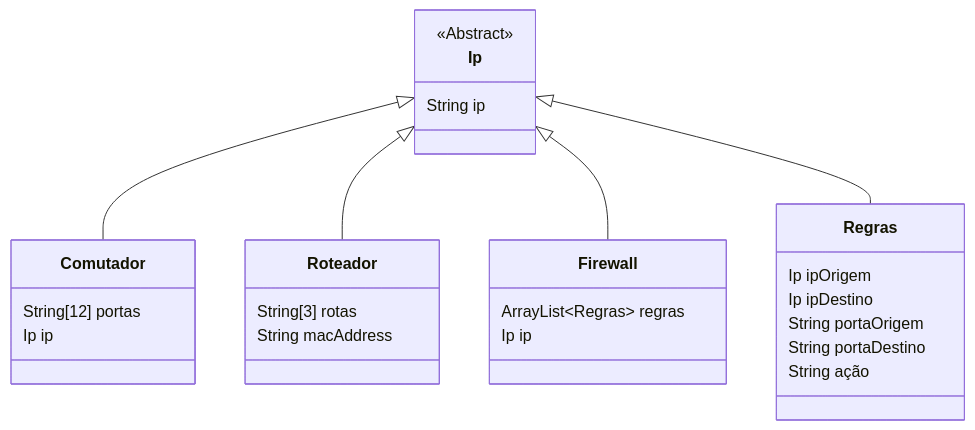
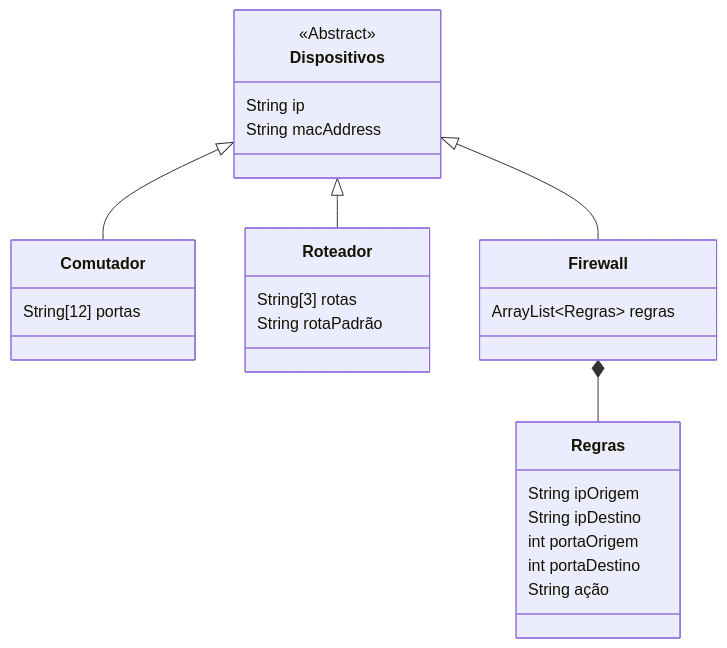
One commit to vgguerra/Network-Simulator changed the diagram in README.md. Above: the diagram before and after it, drawn with Mermaid. The commit also changed 16 other files, not shown here.

Commit message:
Modelando UML

````diff
--- a/README.md
+++ b/README.md
@@ -1,36 +1,35 @@
 ```mermaid
 classDiagram
     
-    class Ip{
+    class Dispositivos{
         <<Abstract>>
         String ip
+        String macAddress
     }
     
     class Comutador{
         String[12] portas
-        Ip ip
     }
     
     class Roteador{
         String[3] rotas
-        String macAddress
+        String rotaPadrão
     }
     
     class Regras{
-        Ip ipOrigem
-        Ip ipDestino
-        String portaOrigem
-        String portaDestino
+        String ipOrigem
+        String ipDestino
+        int portaOrigem
+        int portaDestino
         String ação
     }
     
     class Firewall{
         ArrayList~Regras~ regras
-        Ip ip
     }
         
-Ip <|-- Comutador
-Ip <|-- Roteador
-Ip <|-- Firewall
-Ip <|-- Regras
+Dispositivos <|-- Comutador
+Dispositivos <|-- Roteador
+Dispositivos <|-- Firewall
+Firewall *-- Regras 
 ```
````
